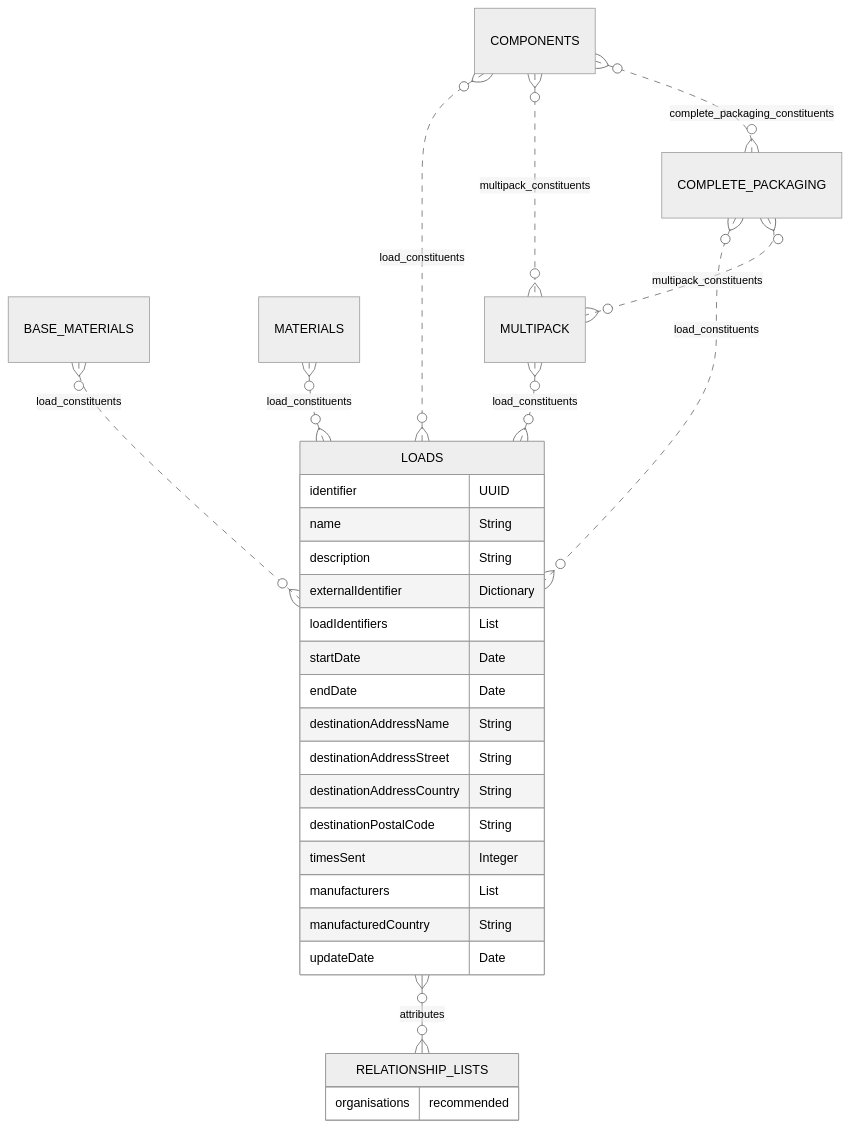
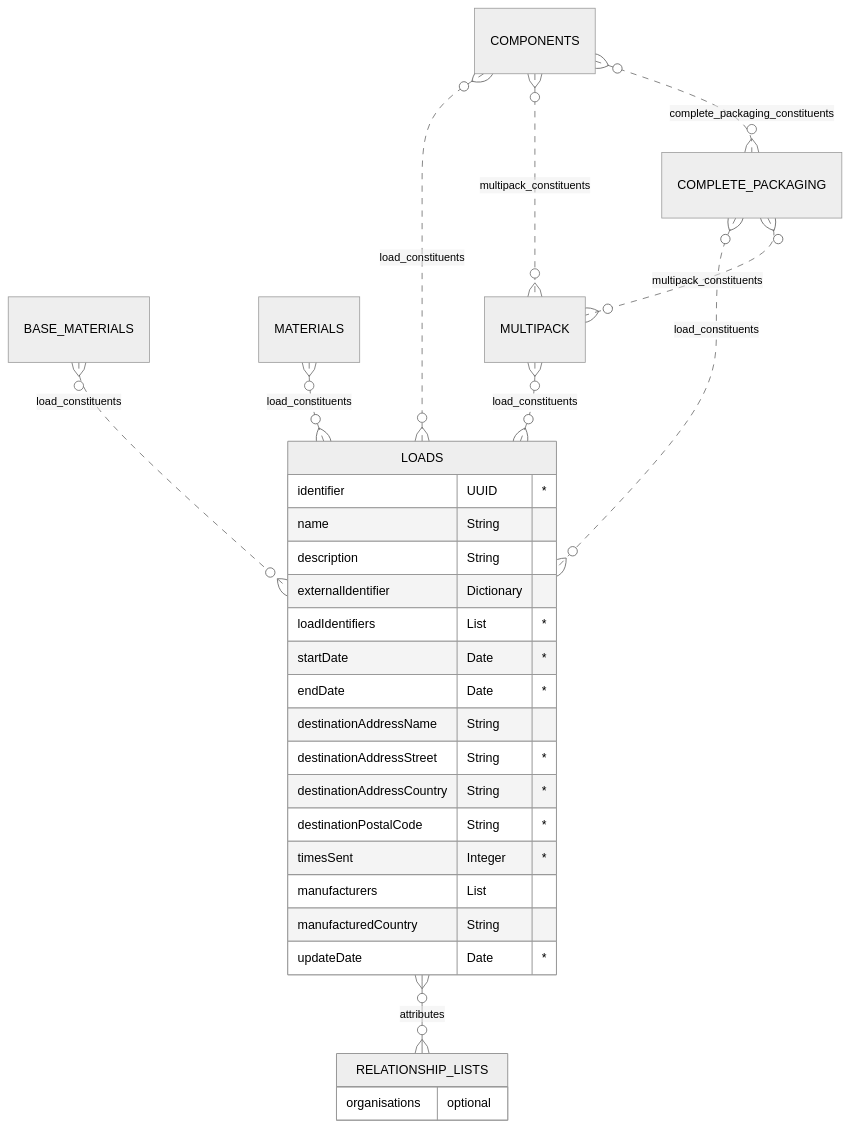
Before and after one commit to OpenDataManchester/Open3P: the diagram in docs/3_Data_Specification/3_7_Load.md, drawn with Mermaid (neutral theme). The commit also changed other lines of this file, not shown here.

Commit message:
Requ --> Mand, Recc --> Optional, add [*] to table

````diff
--- a/docs/3_Data_Specification/3_7_Load.md
+++ b/docs/3_Data_Specification/3_7_Load.md
@@ -33,32 +33,32 @@
 ``` mermaid
 erDiagram
 BASE_MATERIALS }o..o{ LOADS : load_constituents
 MATERIALS }o..o{ LOADS : load_constituents
 COMPLETE_PACKAGING }o..o{ LOADS : load_constituents
 COMPONENTS }o..o{ LOADS : load_constituents
 MULTIPACK }o..o{ LOADS : load_constituents
 COMPONENTS }o..o{ MULTIPACK : multipack_constituents
 COMPLETE_PACKAGING }o..o{ MULTIPACK : multipack_constituents
 COMPONENTS }o..o{ COMPLETE_PACKAGING : complete_packaging_constituents
   LOADS {
-    identifier UUID
+    identifier UUID "*"
     name String
     description String
     externalIdentifier Dictionary
-    loadIdentifiers List
-    startDate Date
-    endDate Date
+    loadIdentifiers List "*"
+    startDate Date "*"
+    endDate Date "*"
     destinationAddressName String
-    destinationAddressStreet String
-    destinationAddressCountry String
-    destinationPostalCode String
-    timesSent Integer
+    destinationAddressStreet String "*"
+    destinationAddressCountry String "*"
+    destinationPostalCode String "*"
+    timesSent Integer "*"
     manufacturers List
     manufacturedCountry String
-    updateDate Date
+    updateDate Date "*"
   }
   LOADS }o--o{ RELATIONSHIP_LISTS : attributes
   RELATIONSHIP_LISTS {
-      organisations recommended
+      organisations optional
     }
 ```
````
